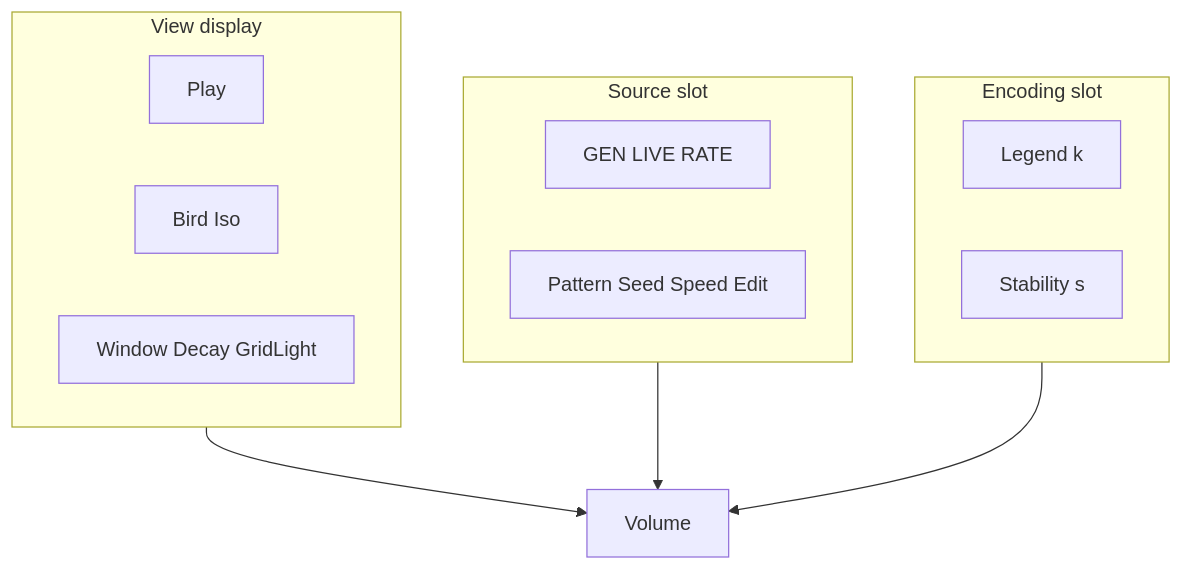
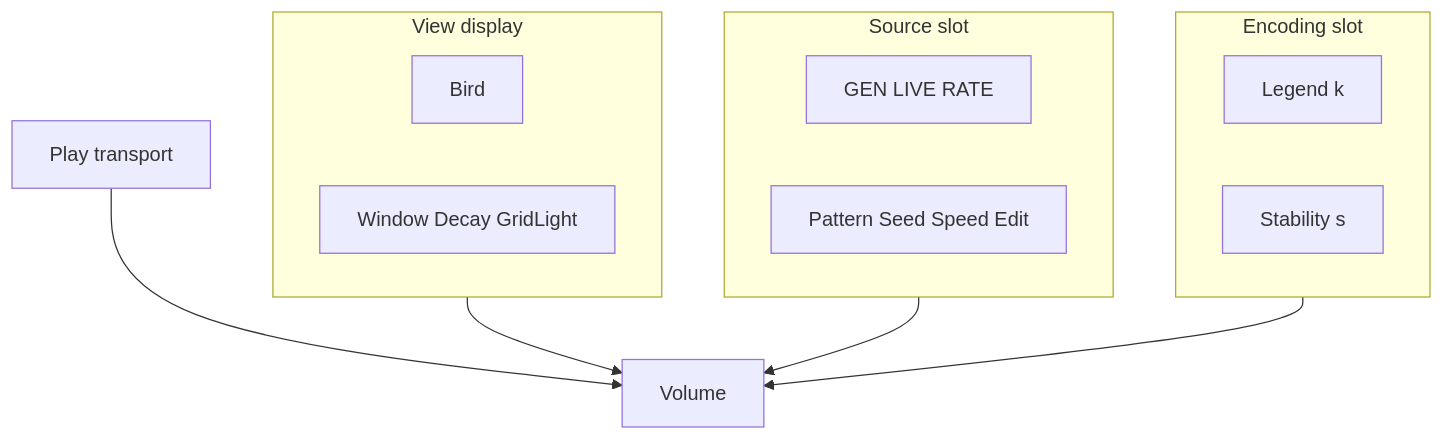
The second of 3 diagrams in docs/gui.md (PiMaV/DONNER), drawn with Mermaid before and after one commit. The commit also changed other lines of this file and 9 other files, not shown here.

Commit message:
Move Play, Z, and HUD off the volume on a phone so isolation is a cube double-click instead of a sheet mode.

````diff
--- a/docs/gui.md
+++ b/docs/gui.md
@@ -30,19 +31,20 @@
 ```mermaid
 flowchart TB
   subgraph view [View display]
-    play[Play]
-    bird[Bird Iso]
+    bird[Bird]
     win[Window Decay GridLight]
   end
   subgraph source [Source slot]
     gen[GEN LIVE RATE]
     conway[Pattern Seed Speed Edit]
   end
   subgraph encoding [Encoding slot]
     lut[Legend k]
     fill[Stability s]
   end
+  play[Play transport]
   view --> volume[Volume]
+  play --> volume
   source --> volume
   encoding --> volume
 ```
````
